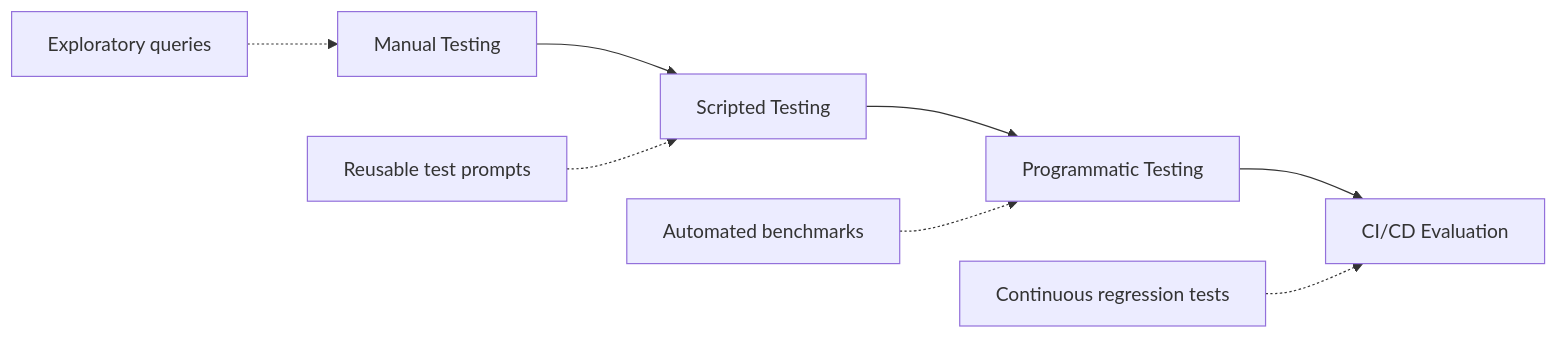
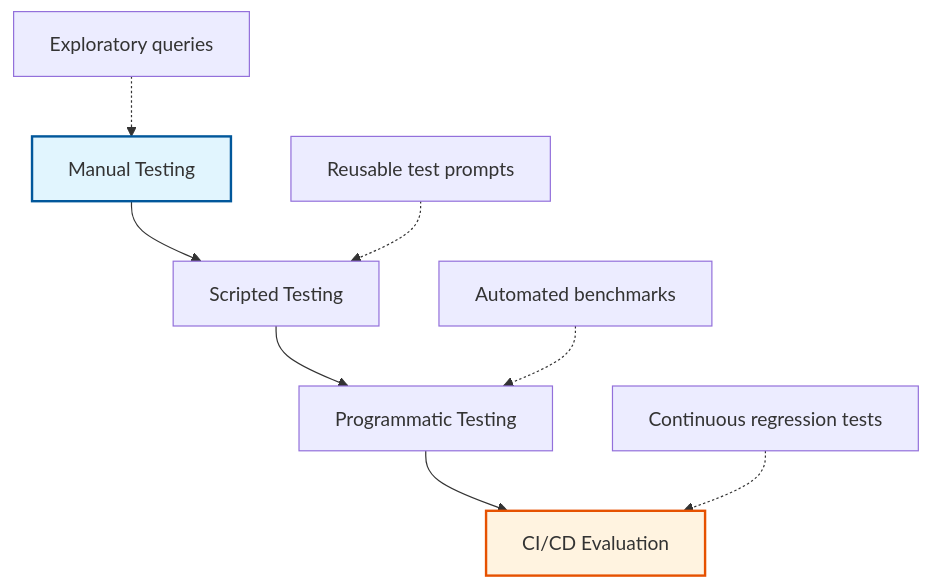
One commit to Amie-dev/FDE-and-GenAI-Mastery changed the first of 17 diagrams in Lecture 23 - Claude Skills/notes/03-testing-iteration-and-evaluation-strategies.md. Above: the diagram before and after it, drawn with Mermaid. The commit also changed other lines of this file and 6 other files, not shown here.

````diff
--- a/Lecture 23 - Claude Skills/notes/03-testing-iteration-and-evaluation-strategies.md
+++ b/Lecture 23 - Claude Skills/notes/03-testing-iteration-and-evaluation-strategies.md
@@ -7,11 +7,14 @@
 ```mermaid
-flowchart LR
+flowchart TB
     A["Manual Testing"] --> B["Scripted Testing"]
     B --> C["Programmatic Testing"]
     C --> D["CI/CD Evaluation"]
-    
+
     A1["Exploratory queries"] -.-> A
     B1["Reusable test prompts"] -.-> B
     C1["Automated benchmarks"] -.-> C
     D1["Continuous regression tests"] -.-> D
+
+    style A fill:#e1f5fe,stroke:#01579b,stroke-width:2px
+    style D fill:#fff3e0,stroke:#e65100,stroke-width:2px
 ```
````
